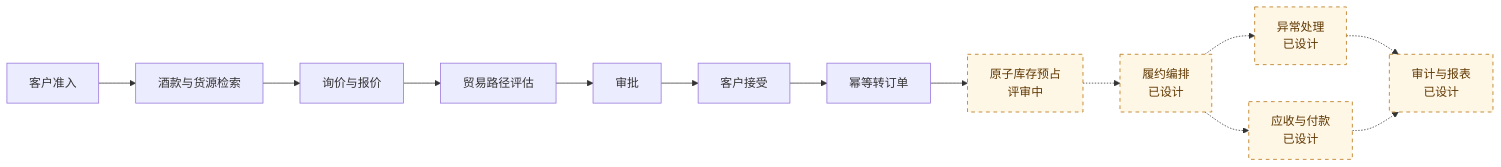
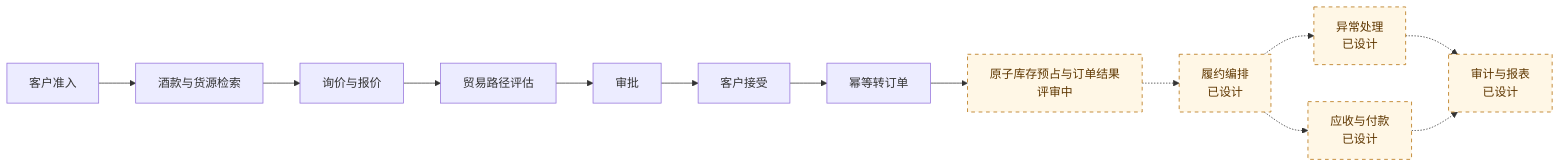
Before and after one commit to RomanticHW/cellarbridge-platform: the third of 3 diagrams in README.md, drawn with Mermaid. The commit also changed other lines of this file and 13 other files, not shown here.

````diff
--- a/README.md
+++ b/README.md
@@ -281,18 +281,18 @@
 ```mermaid
 flowchart LR
     A[客户准入] --> B[酒款与货源检索]
     B --> C[询价与报价]
     C --> D[贸易路径评估]
     D --> E[审批]
     E --> F[客户接受]
     F --> G[幂等转订单]
-    G --> H[原子库存预占<br/>评审中]
+    G --> H[原子库存预占与订单结果<br/>评审中]
     H -.-> I[履约编排<br/>已设计]
     I -.-> J[异常处理<br/>已设计]
     I -.-> K[应收与付款<br/>已设计]
     J -.-> L[审计与报表<br/>已设计]
     K -.-> L
 
     classDef planned fill:#fff7e6,stroke:#b26a00,color:#5f3700,stroke-dasharray:5 5;
     class H,I,J,K,L planned;
 ```
````
